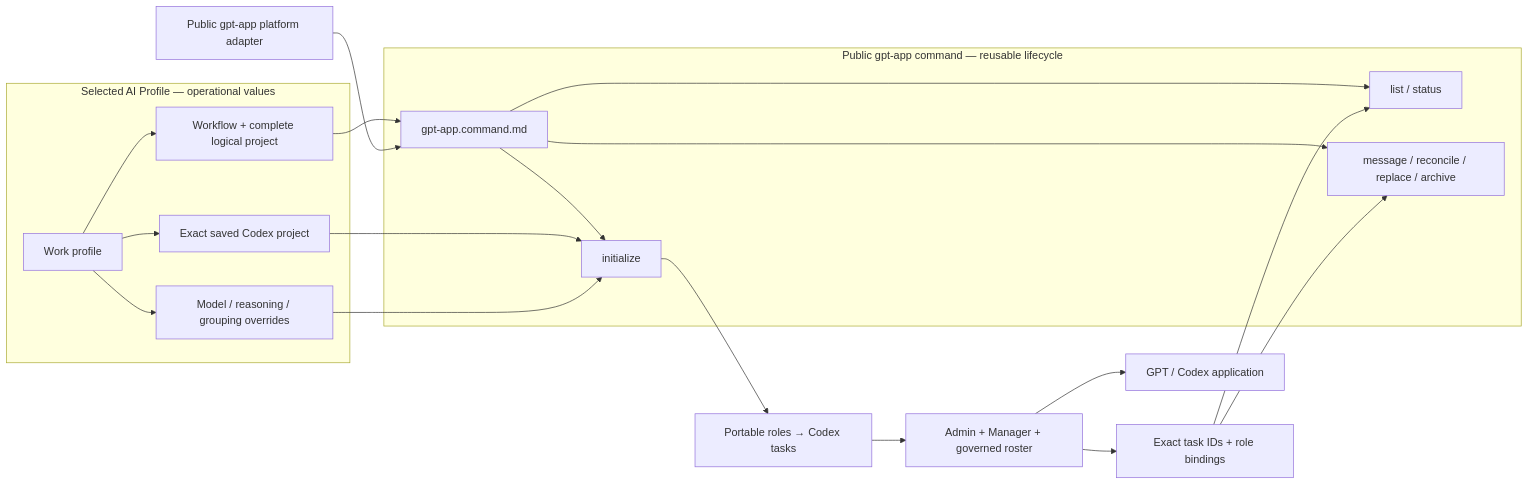
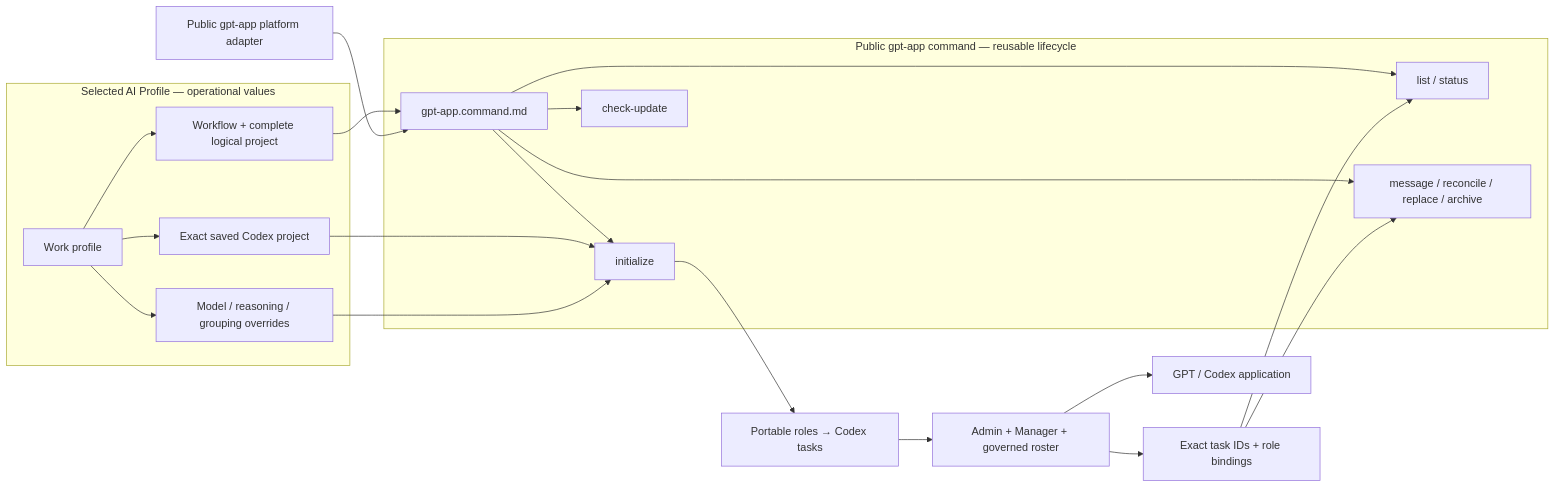
The diagram in ai-commands/gpt-app/gpt-app.command.md (starodubtsevconsulting/ai-fleas), drawn with Mermaid before and after one commit. The commit also changed other lines of this file and 5 other files, not shown here.

````diff
--- a/ai-commands/gpt-app/gpt-app.command.md
+++ b/ai-commands/gpt-app/gpt-app.command.md
@@ -9,29 +9,31 @@
 ```mermaid
 flowchart LR
   subgraph PrivateProfile["Selected AI Profile — operational values"]
     Profile["Work profile"] --> Workflow["Workflow + complete logical project"]
     Profile --> Project["Exact saved Codex project"]
     Profile --> Overrides["Model / reasoning / grouping overrides"]
   end
 
   subgraph PublicCommand["Public gpt-app command — reusable lifecycle"]
     Contract["gpt-app.command.md"]
     Initialize["initialize"]
     Inspect["list / status"]
+    CheckUpdate["check-update"]
     Operate["message / reconcile / replace / archive"]
     Contract --> Initialize
     Contract --> Inspect
+    Contract --> CheckUpdate
     Contract --> Operate
   end
 
   Workflow --> Contract
   Adapter["Public gpt-app platform adapter"] --> Contract
   Project --> Initialize
   Overrides --> Initialize
   Initialize --> Mapping["Portable roles → Codex tasks"]
   Mapping --> Tasks["Admin + Manager + governed roster"]
   Tasks --> Receipts["Exact task IDs + role bindings"]
   Receipts --> Inspect
   Receipts --> Operate
   Tasks --> App["GPT / Codex application"]
 ```
````
